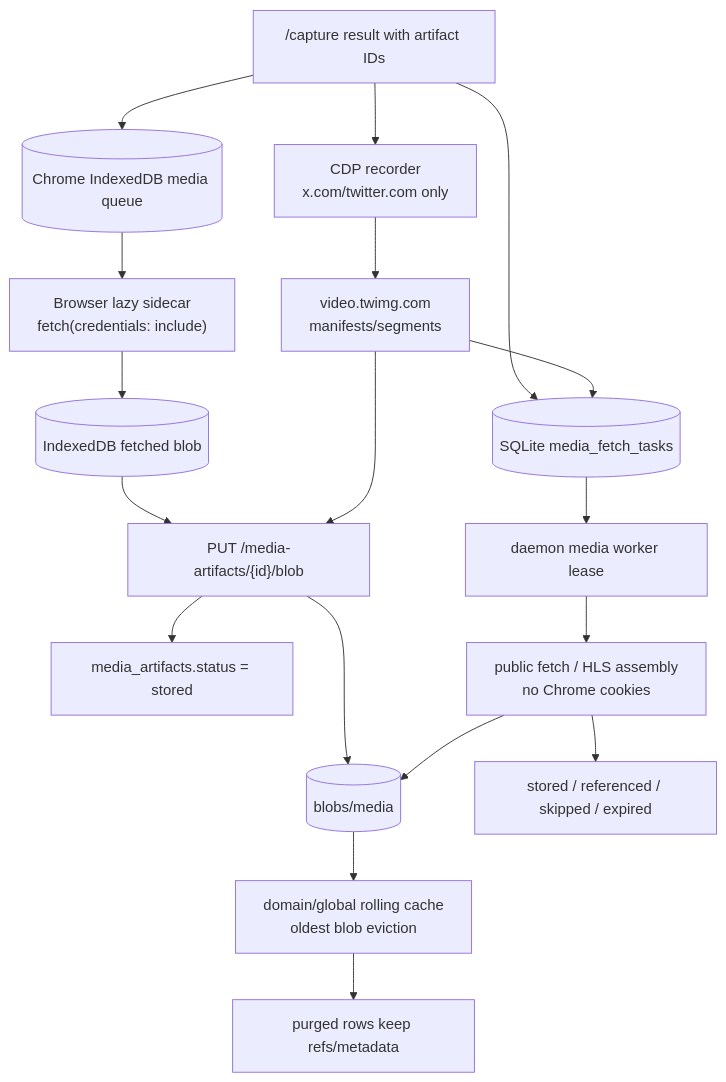
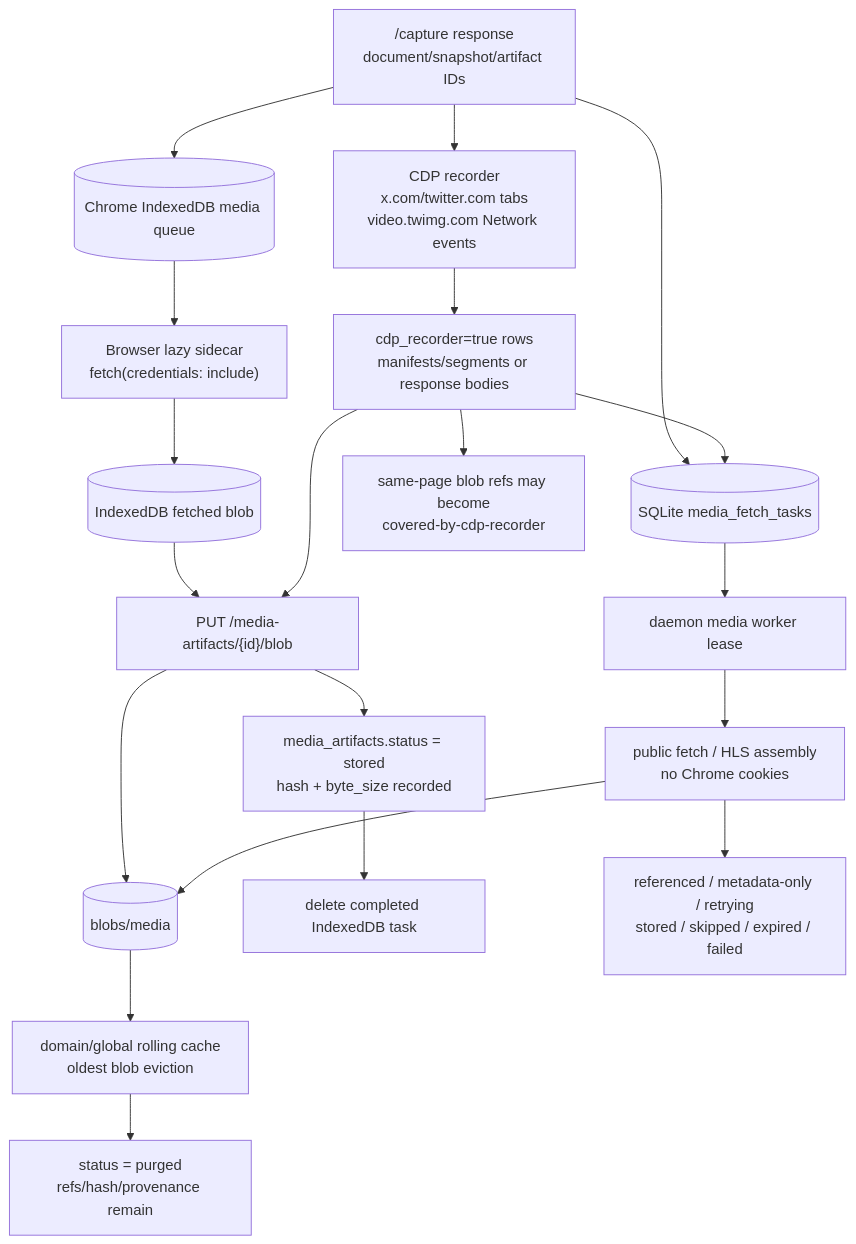
Before and after one commit to michaelnicks0/browser-memory-daemon: the fourth of 8 diagrams in docs/DIAGRAMS.md, drawn with Mermaid. The commit also changed other lines of this file and 105 other files, not shown here.

Commit message:
docs: reconcile C4 and behavioral diagrams

````diff
--- a/docs/DIAGRAMS.md
+++ b/docs/DIAGRAMS.md
@@ -105,24 +87,26 @@
 ```mermaid
 flowchart TB
-  Capture["/capture result with artifact IDs"] --> BrowserQueue[(Chrome IndexedDB media queue)]
-  Capture --> DaemonTasks[(SQLite media_fetch_tasks)]
-  Capture --> CDP["CDP recorder<br/>x.com/twitter.com only"]
+  CaptureResult["/capture response<br/>document/snapshot/artifact IDs"] --> BrowserQueue[("Chrome IndexedDB media queue")]
+  CaptureResult --> DaemonTasks[("SQLite media_fetch_tasks")]
+  CaptureResult --> CDP["CDP recorder<br/>x.com/twitter.com tabs<br/>video.twimg.com Network events"]
 
   BrowserQueue --> BrowserFetch["Browser lazy sidecar<br/>fetch(credentials: include)"]
-  BrowserFetch --> BrowserBlob[(IndexedDB fetched blob)]
+  BrowserFetch --> BrowserBlob[("IndexedDB fetched blob")]
   BrowserBlob --> RawPut["PUT /media-artifacts/{id}/blob"]
-  RawPut --> MediaBlobs[(blobs/media)]
-  RawPut --> ArtifactStored["media_artifacts.status = stored"]
+  RawPut --> MediaBlobs[("blobs/media")]
+  RawPut --> Stored["media_artifacts.status = stored<br/>hash + byte_size recorded"]
+  Stored --> BrowserDone["delete completed IndexedDB task"]
 
-  CDP --> CdpRows["video.twimg.com<br/>manifests/segments"]
+  CDP --> CdpRows["cdp_recorder=true rows<br/>manifests/segments or response bodies"]
   CdpRows --> RawPut
   CdpRows --> DaemonTasks
+  CdpRows --> Covered["same-page blob refs may become<br/>covered-by-cdp-recorder"]
 
   DaemonTasks --> Lease["daemon media worker lease"]
   Lease --> PublicFetch["public fetch / HLS assembly<br/>no Chrome cookies"]
   PublicFetch --> MediaBlobs
-  PublicFetch --> Terminal["stored / referenced / skipped / expired"]
+  PublicFetch --> Classified["referenced / metadata-only / retrying<br/>stored / skipped / expired / failed"]
 
   MediaBlobs --> Rolling["domain/global rolling cache<br/>oldest blob eviction"]
-  Rolling --> Purged["purged rows keep refs/metadata"]
+  Rolling --> Purged["status = purged<br/>refs/hash/provenance remain"]
 ```
````
